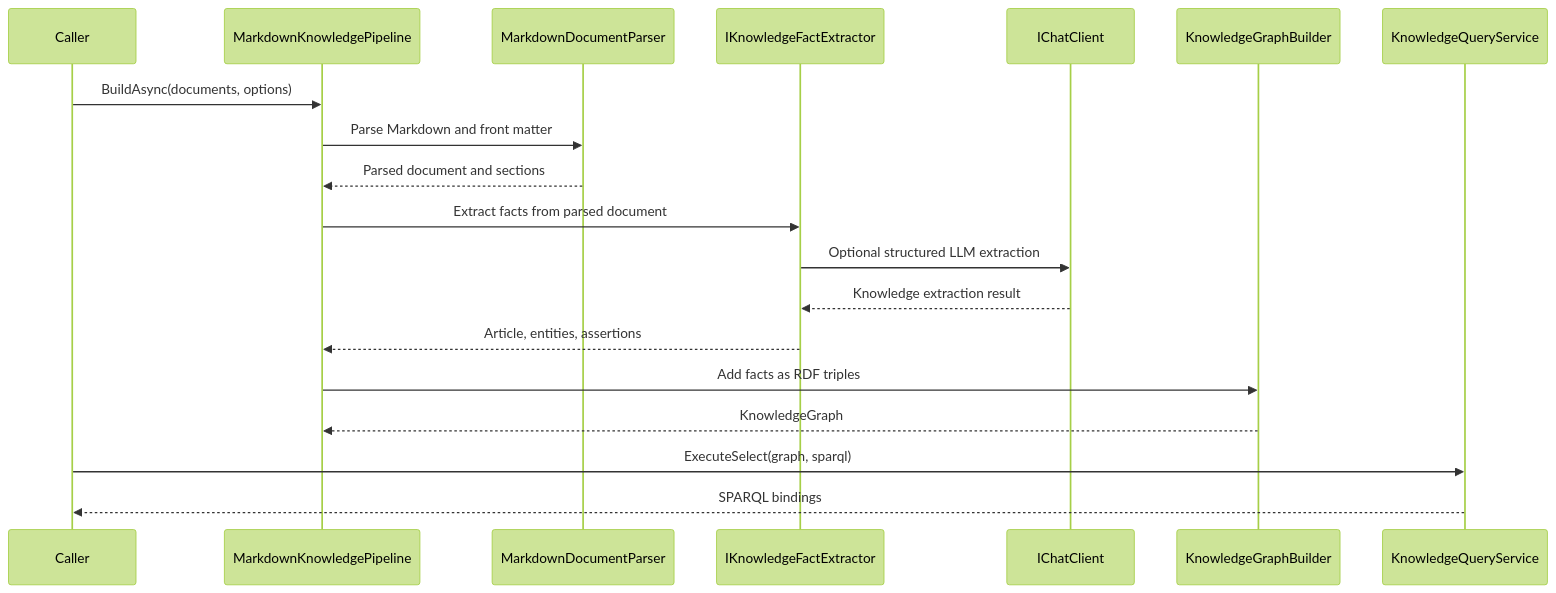
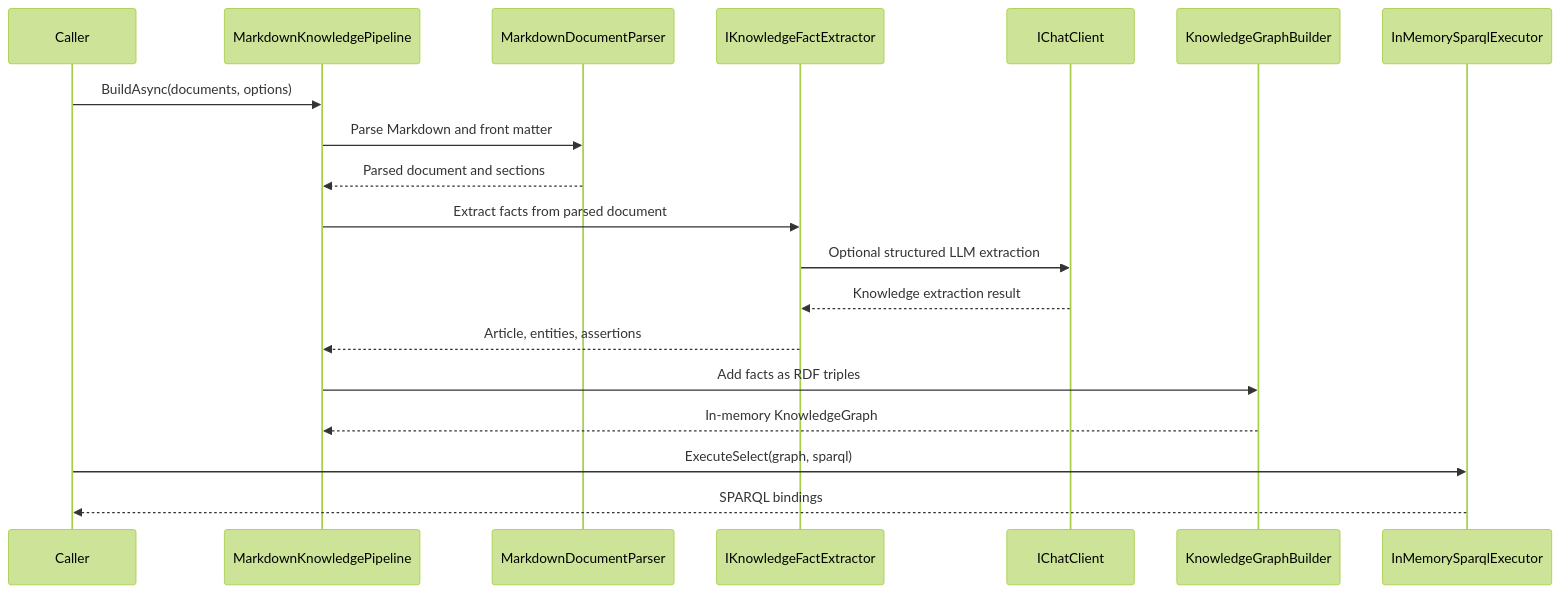
One commit to managedcode/markdown-ld-kb changed the second of 3 diagrams in docs/Architecture.md. Above: the diagram before and after it, drawn with Mermaid (forest theme). The commit also changed other lines of this file and 43 other files, not shown here.

````diff
--- a/docs/Architecture.md
+++ b/docs/Architecture.md
@@ -30,22 +34,22 @@
 ```mermaid
 sequenceDiagram
     participant Caller
     participant Pipeline as MarkdownKnowledgePipeline
     participant Parser as MarkdownDocumentParser
     participant Extractor as IKnowledgeFactExtractor
     participant Chat as IChatClient
     participant Graph as KnowledgeGraphBuilder
-    participant Query as KnowledgeQueryService
+    participant Query as InMemorySparqlExecutor
 
     Caller->>Pipeline: BuildAsync(documents, options)
     Pipeline->>Parser: Parse Markdown and front matter
     Parser-->>Pipeline: Parsed document and sections
     Pipeline->>Extractor: Extract facts from parsed document
     Extractor->>Chat: Optional structured LLM extraction
     Chat-->>Extractor: Knowledge extraction result
     Extractor-->>Pipeline: Article, entities, assertions
     Pipeline->>Graph: Add facts as RDF triples
-    Graph-->>Pipeline: KnowledgeGraph
+    Graph-->>Pipeline: In-memory KnowledgeGraph
     Caller->>Query: ExecuteSelect(graph, sparql)
     Query-->>Caller: SPARQL bindings
 ```
````
